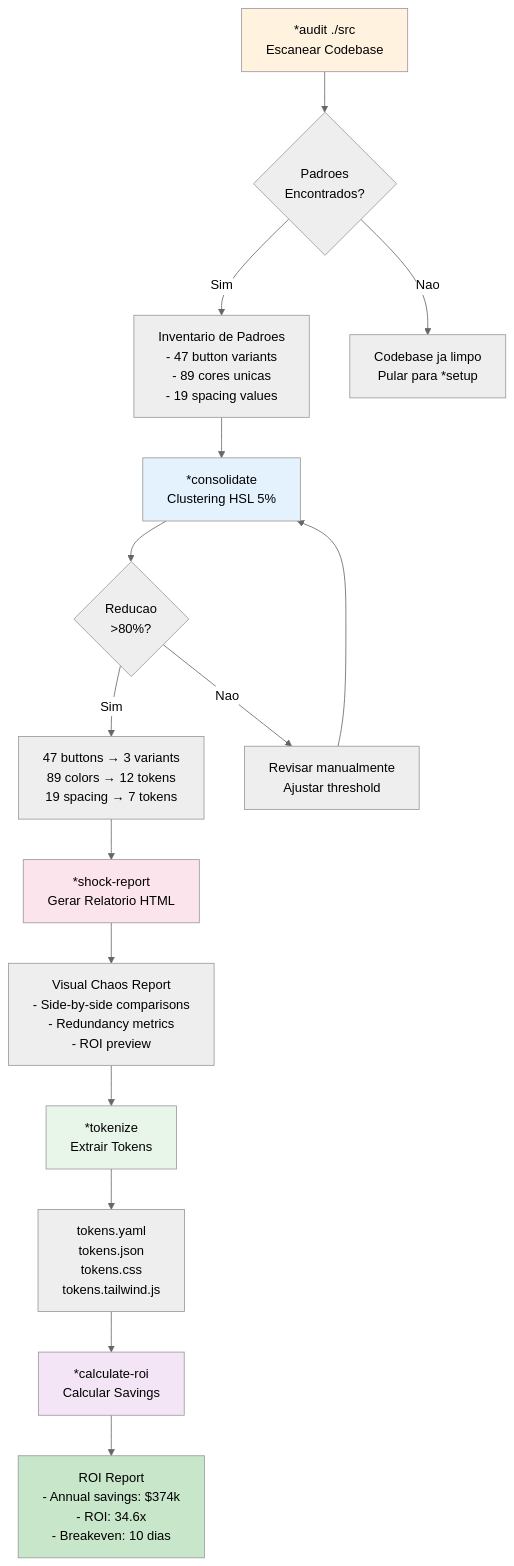
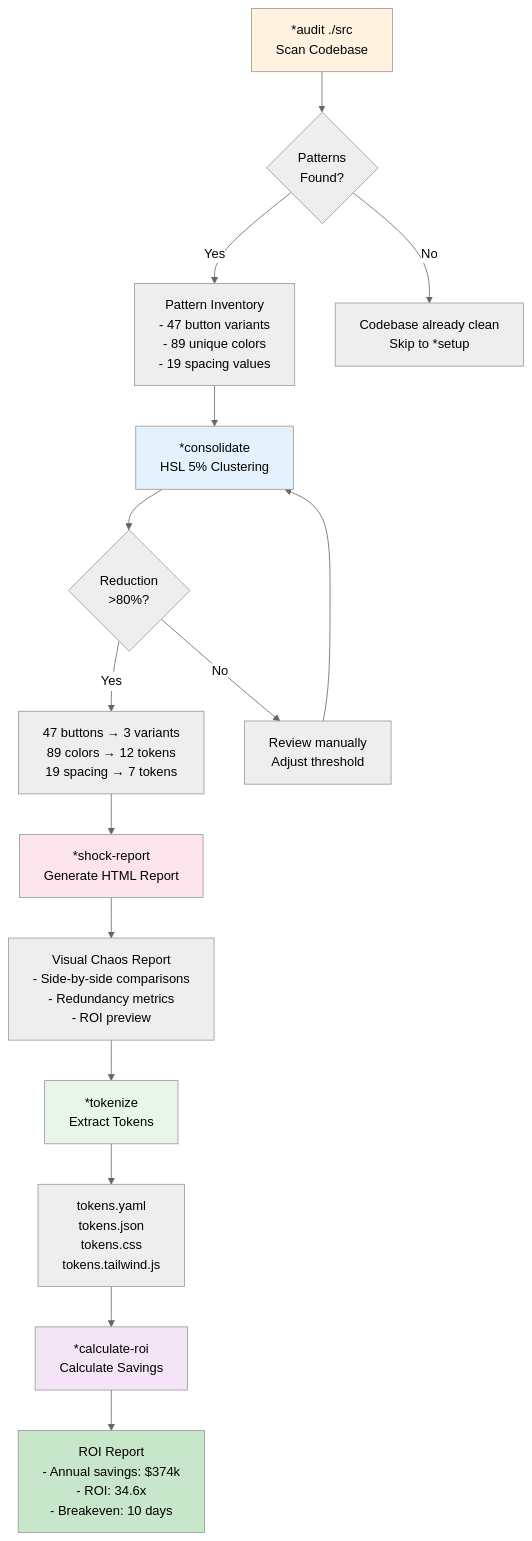
One commit to CyryxLabs/AEXOS changed the third of 7 diagrams in docs/guides/agents/UX-DESIGN-EXPERT-SYSTEM.md. Above: the diagram before and after it, drawn with Mermaid (neutral theme). The commit also changed other lines of this file and 528 other files, not shown here.

````diff
--- a/docs/guides/agents/UX-DESIGN-EXPERT-SYSTEM.md
+++ b/docs/guides/agents/UX-DESIGN-EXPERT-SYSTEM.md
@@ -263,35 +263,35 @@
 ```mermaid
 flowchart TB
-    A["*audit ./src<br/>Escanear Codebase"] --> B{"Padroes<br/>Encontrados?"}
+    A["*audit ./src<br/>Scan Codebase"] --> B{"Patterns<br/>Found?"}
 
-    B -->|Sim| C["Inventario de Padroes<br/>- 47 button variants<br/>- 89 cores unicas<br/>- 19 spacing values"]
-    B -->|Nao| Z["Codebase ja limpo<br/>Pular para *setup"]
+    B -->|Yes| C["Pattern Inventory<br/>- 47 button variants<br/>- 89 unique colors<br/>- 19 spacing values"]
+    B -->|No| Z["Codebase already clean<br/>Skip to *setup"]
 
-    C --> D["*consolidate<br/>Clustering HSL 5%"]
+    C --> D["*consolidate<br/>HSL 5% Clustering"]
 
-    D --> E{"Reducao<br/>>80%?"}
+    D --> E{"Reduction<br/>>80%?"}
 
-    E -->|Sim| F["47 buttons → 3 variants<br/>89 colors → 12 tokens<br/>19 spacing → 7 tokens"]
-    E -->|Nao| G["Revisar manualmente<br/>Ajustar threshold"]
+    E -->|Yes| F["47 buttons → 3 variants<br/>89 colors → 12 tokens<br/>19 spacing → 7 tokens"]
+    E -->|No| G["Review manually<br/>Adjust threshold"]
 
     G --> D
 
-    F --> H["*shock-report<br/>Gerar Relatorio HTML"]
+    F --> H["*shock-report<br/>Generate HTML Report"]
 
     H --> I["Visual Chaos Report<br/>- Side-by-side comparisons<br/>- Redundancy metrics<br/>- ROI preview"]
 
-    I --> J["*tokenize<br/>Extrair Tokens"]
+    I --> J["*tokenize<br/>Extract Tokens"]
 
     J --> K["tokens.yaml<br/>tokens.json<br/>tokens.css<br/>tokens.tailwind.js"]
 
-    K --> L["*calculate-roi<br/>Calcular Savings"]
+    K --> L["*calculate-roi<br/>Calculate Savings"]
 
-    L --> M["ROI Report<br/>- Annual savings: $374k<br/>- ROI: 34.6x<br/>- Breakeven: 10 dias"]
+    L --> M["ROI Report<br/>- Annual savings: $374k<br/>- ROI: 34.6x<br/>- Breakeven: 10 days"]
 
     style A fill:#fff3e0
     style D fill:#e3f2fd
     style H fill:#fce4ec
     style J fill:#e8f5e9
     style L fill:#f3e5f5
     style M fill:#c8e6c9
 ```
````
